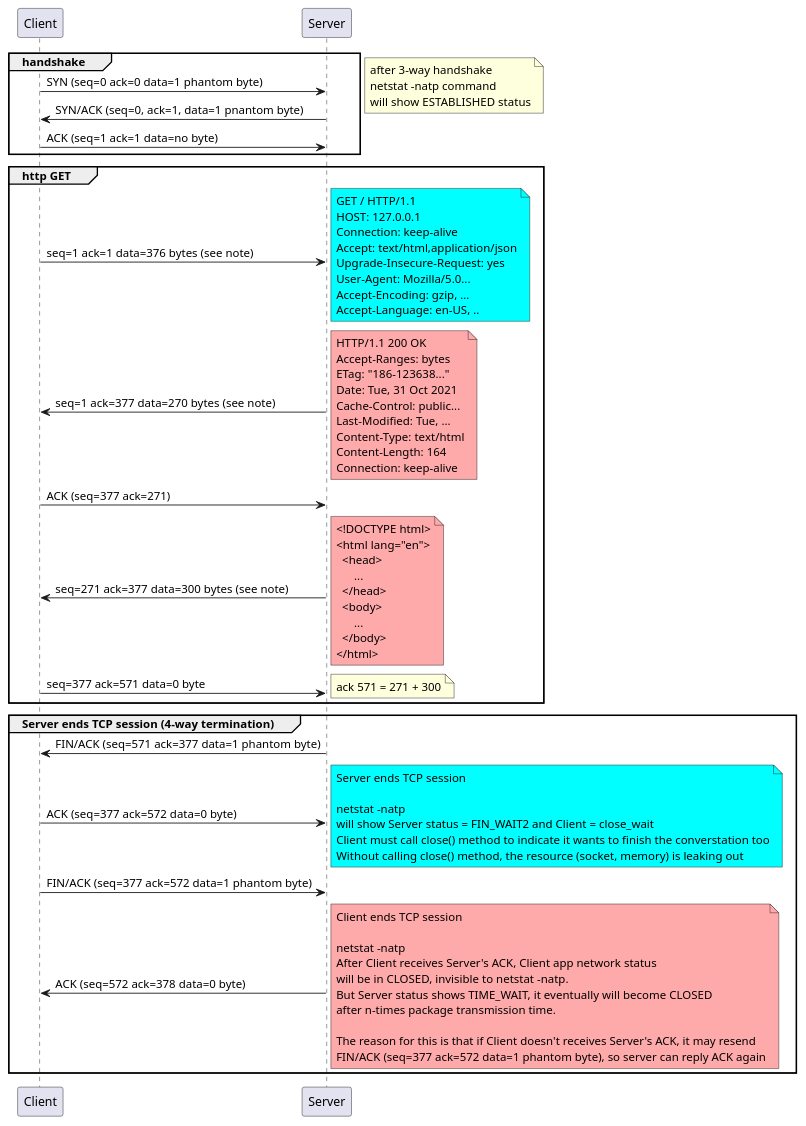
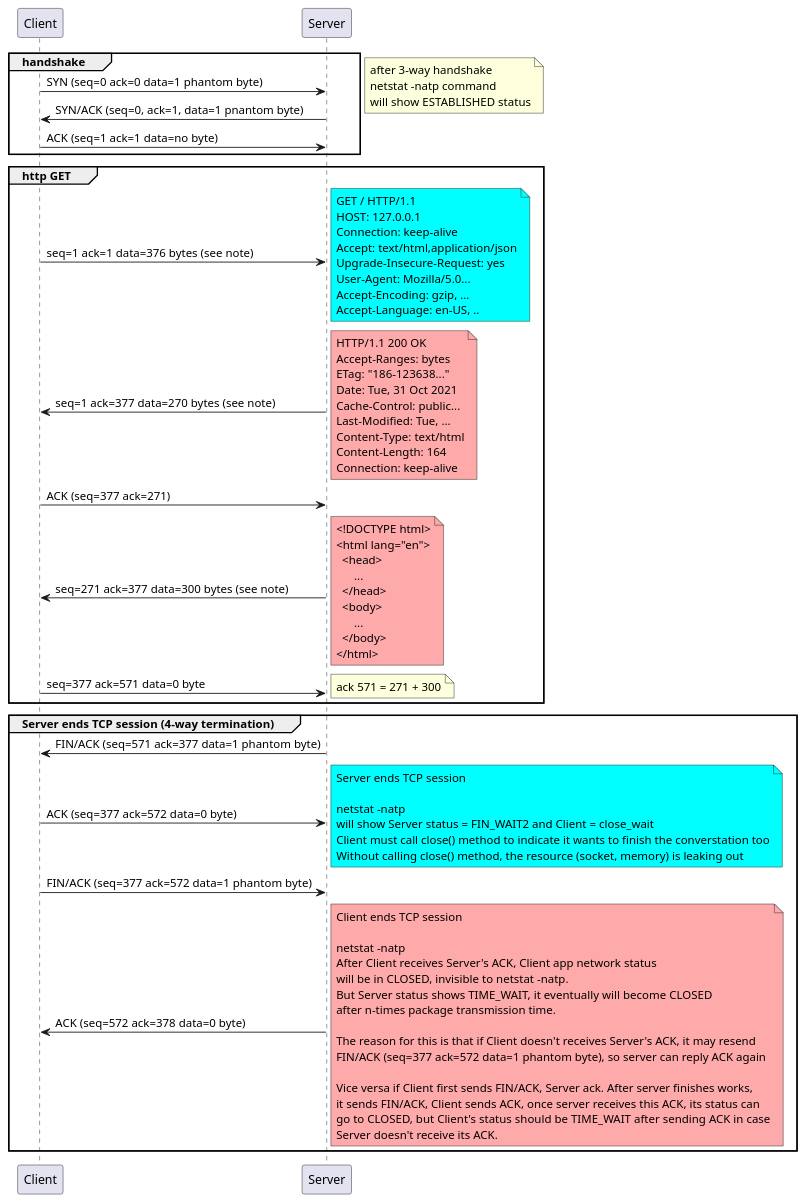
Before and after one commit to zpc888/dev-notes: the diagram in networking/plantuml/tcp-seq-ack.puml, drawn with PlantUML. The commit also changed 1 other file, not shown here.

Commit message:
Refine note about tcp seq and ack number relationship

```diff
--- a/networking/plantuml/tcp-seq-ack.puml
+++ b/networking/plantuml/tcp-seq-ack.puml
@@ -1,88 +1,93 @@
 @startuml
 
 group handshake
 Client -> Server: SYN (seq=0 ack=0 data=1 phantom byte)
 Client <- Server: SYN/ACK (seq=0, ack=1, data=1 pnantom byte)
 Client -> Server: ACK (seq=1 ack=1 data=no byte)
 end
 note right
 after 3-way handshake
 netstat -natp command
 will show ESTABLISHED status
 end note
 
 group http GET
 Client -> Server: seq=1 ack=1 data=376 bytes (see note)
 note right #aqua
 GET / HTTP/1.1
 HOST: 127.0.0.1
 Connection: keep-alive
 Accept: text/html,application/json
 Upgrade-Insecure-Request: yes
 User-Agent: Mozilla/5.0...
 Accept-Encoding: gzip, ...
 Accept-Language: en-US, ..
 end note
 
 Client <- Server: seq=1 ack=377 data=270 bytes (see note)
 note right #FFAAAA
 HTTP/1.1 200 OK
 Accept-Ranges: bytes
 ETag: "186-123638..."
 Date: Tue, 31 Oct 2021
 Cache-Control: public...
 Last-Modified: Tue, ...
 Content-Type: text/html
 Content-Length: 164
 Connection: keep-alive
 end note
 
 Client -> Server: ACK (seq=377 ack=271)
 
 Client <- Server: seq=271 ack=377 data=300 bytes (see note)
 note right #FFAAAA
 <!DOCTYPE html>
 <html lang="en">
   <head>
       ...
   </head>
   <body>
       ...
   </body>
 </html>
 end note
 
 Client -> Server: seq=377 ack=571 data=0 byte
 note right: ack 571 = 271 + 300
 end
 
 group Server ends TCP session (4-way termination)
 Client <- Server: FIN/ACK (seq=571 ack=377 data=1 phantom byte)
 Client -> Server: ACK (seq=377 ack=572 data=0 byte)
 note right #aqua
 Server ends TCP session
 
 netstat -natp
 will show Server status = FIN_WAIT2 and Client = close_wait
 Client must call close() method to indicate it wants to finish the converstation too
 Without calling close() method, the resource (socket, memory) is leaking out
 end note
 
 Client -> Server: FIN/ACK (seq=377 ack=572 data=1 phantom byte)
 Client <- Server: ACK (seq=572 ack=378 data=0 byte)
 note right #FFAAAA
 Client ends TCP session
 
 netstat -natp
 After Client receives Server's ACK, Client app network status
 will be in CLOSED, invisible to netstat -natp.
 But Server status shows TIME_WAIT, it eventually will become CLOSED
 after n-times package transmission time.
 
 The reason for this is that if Client doesn't receives Server's ACK, it may resend
 FIN/ACK (seq=377 ack=572 data=1 phantom byte), so server can reply ACK again
+
+Vice versa if Client first sends FIN/ACK, Server ack. After server finishes works,
+it sends FIN/ACK, Client sends ACK, once server receives this ACK, its status can
+go to CLOSED, but Client's status should be TIME_WAIT after sending ACK in case
+Server doesn't receive its ACK.
 end note
 
 end
 
 @enduml
```
